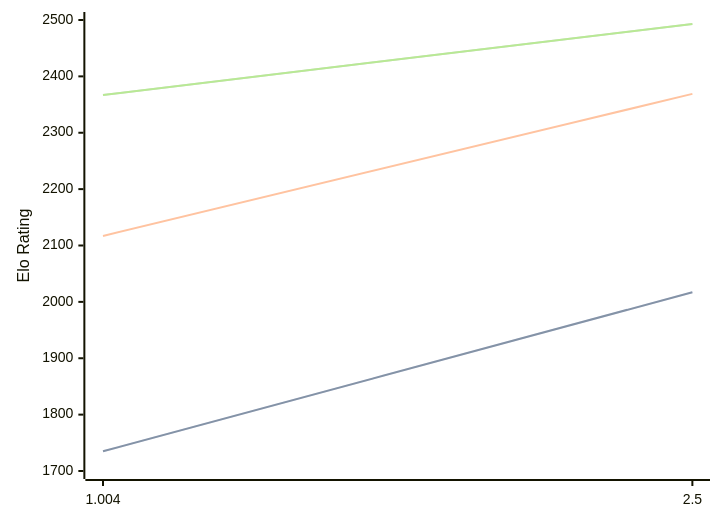
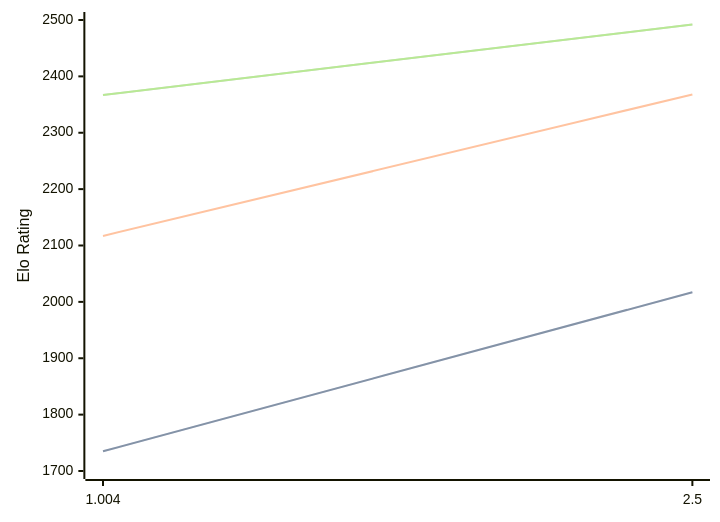
One commit to computer-chess-index/cci changed the diagram in engines/Ares.md. Above: the diagram before and after it, drawn with Mermaid. The commit also changed other lines of this file, not shown here.

Commit message:
Update CCI Ratings (ELO VLTC) - 2026-05-07

````diff
--- a/engines/Ares.md
+++ b/engines/Ares.md
@@ -32,11 +32,11 @@
 ```mermaid
 %%{init: {"theme":"base","themeVariables":{"seriesColors:['#a3a3a3','#222221','#faa371']}}}%%
 xychart-beta
   x-axis ["1.004", "2.5"]
   y-axis "Elo Rating" 1700 --> 2500
   line "STC (8.0+0.08s)" [1735, 2017]
   line "STC (8.0+0.08s)" [1735, 2017]
-  line "LTC (60.0+0.60s)" [2117, 2369]
-  line "VLTC (2m24s+1.12s)" [2367, 2493]
-  line "VLTC (2m24s+1.12s)" [2367, 2493]
+  line "LTC (60.0+0.60s)" [2117, 2368]
+  line "VLTC (2m24s+1.12s)" [2367, 2492]
+  line "VLTC (2m24s+1.12s)" [2367, 2492]
 ```
````
